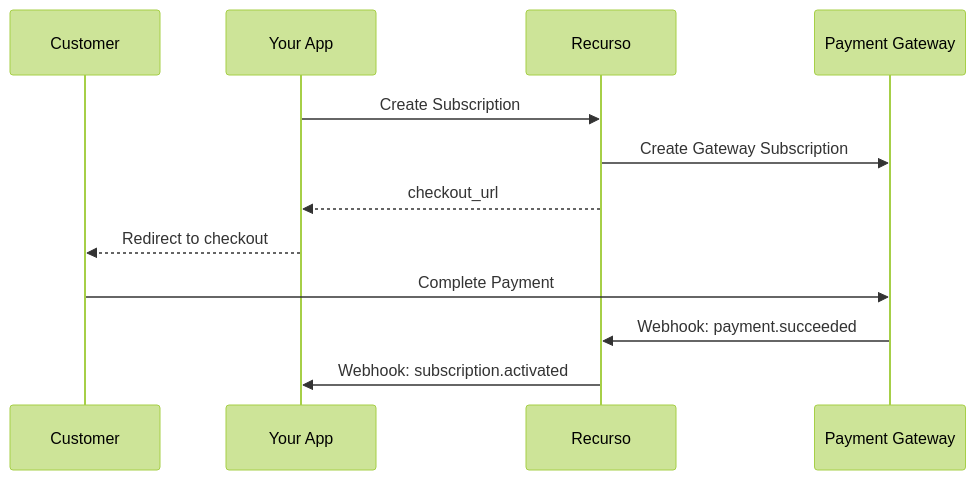
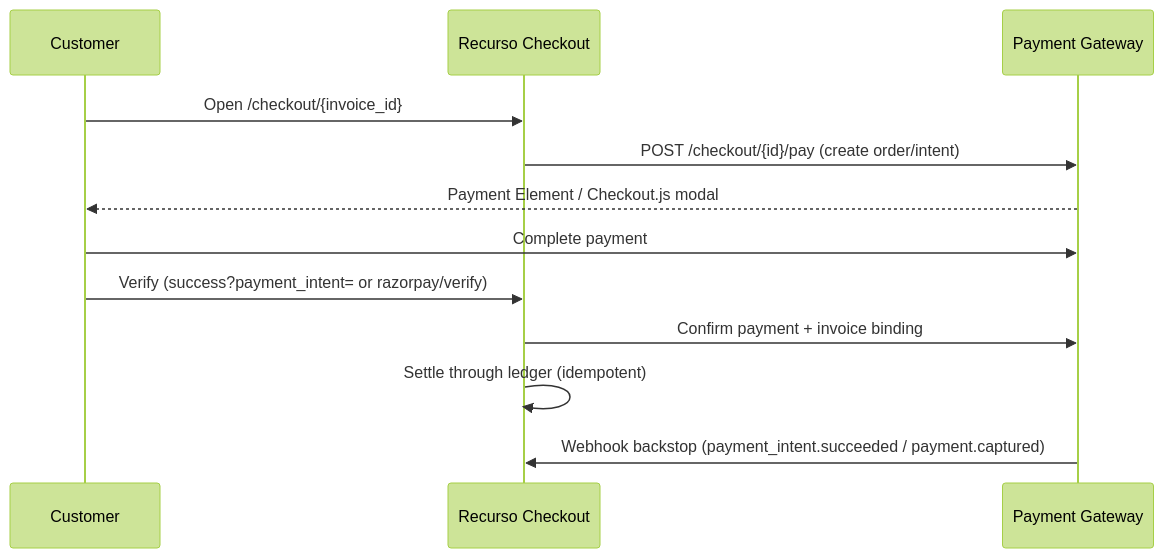
The diagram in core/payments.mdx (swapnull-in/docs), drawn with Mermaid (forest theme) before and after one commit. The commit also changed other lines of this file and 11 other files, not shown here.

````diff
--- a/core/payments.mdx
+++ b/core/payments.mdx
@@ -23,15 +25,15 @@
 ```mermaid
 sequenceDiagram
     participant C as Customer
-    participant A as Your App
-    participant R as Recurso
+    participant R as Recurso Checkout
     participant G as Payment Gateway
 
-    A->>R: Create Subscription
-    R->>G: Create Gateway Subscription
-    R-->>A: checkout_url
-    A-->>C: Redirect to checkout
-    C->>G: Complete Payment
-    G->>R: Webhook: payment.succeeded
-    R->>A: Webhook: subscription.activated
+    C->>R: Open /checkout/{invoice_id}
+    R->>G: POST /checkout/{id}/pay (create order/intent)
+    G-->>C: Payment Element / Checkout.js modal
+    C->>G: Complete payment
+    C->>R: Verify (success?payment_intent= or razorpay/verify)
+    R->>G: Confirm payment + invoice binding
+    R->>R: Settle through ledger (idempotent)
+    G->>R: Webhook backstop (payment_intent.succeeded / payment.captured)
 ```
````
